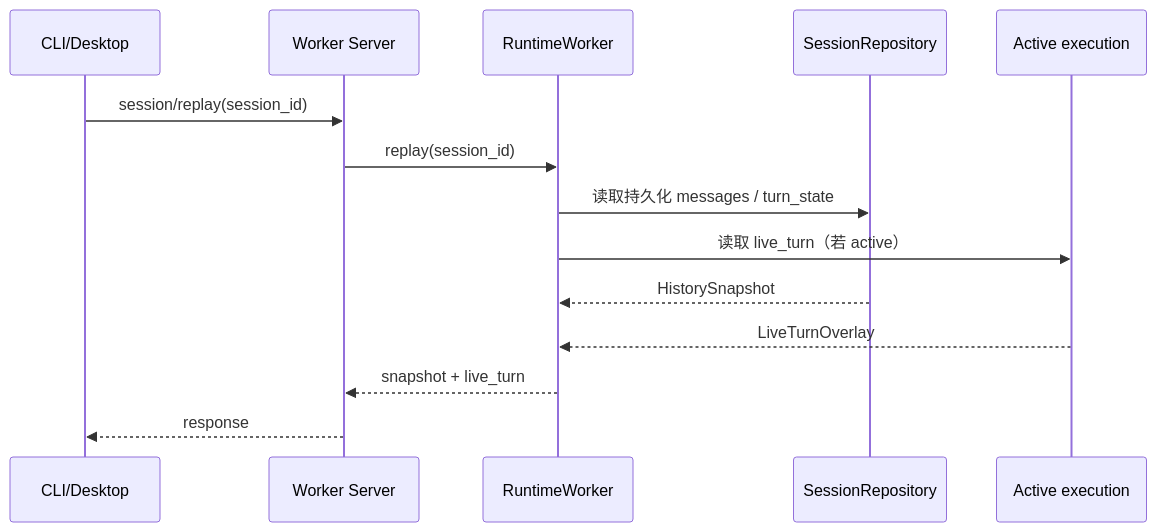
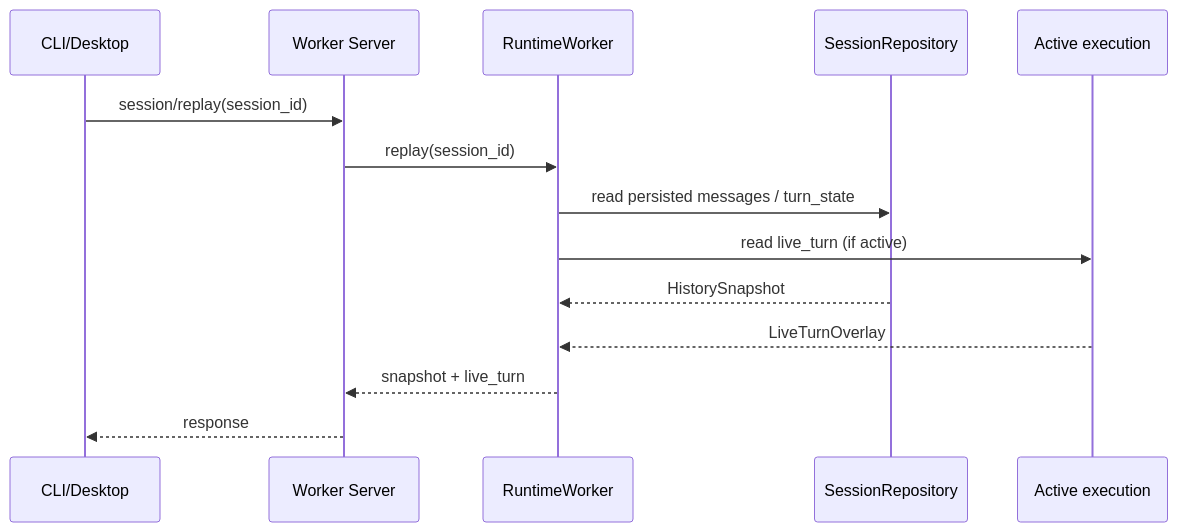
The sixth of 8 diagrams in docs/cli-turn-flow.md (Azzurroooo/rind), drawn with Mermaid before and after one commit. The commit also changed other lines of this file and 104 other files, not shown here.

````diff
--- a/docs/cli-turn-flow.md
+++ b/docs/cli-turn-flow.md
@@ -260,17 +260,17 @@
 ```mermaid
 sequenceDiagram
     participant C as CLI/Desktop
     participant S as Worker Server
     participant W as RuntimeWorker
     participant R as SessionRepository
     participant E as Active execution
 
     C->>S: session/replay(session_id)
     S->>W: replay(session_id)
-    W->>R: 读取持久化 messages / turn_state
-    W->>E: 读取 live_turn（若 active）
+    W->>R: read persisted messages / turn_state
+    W->>E: read live_turn (if active)
     R-->>W: HistorySnapshot
     E-->>W: LiveTurnOverlay
     W-->>S: snapshot + live_turn
     S-->>C: response
 ```
````
